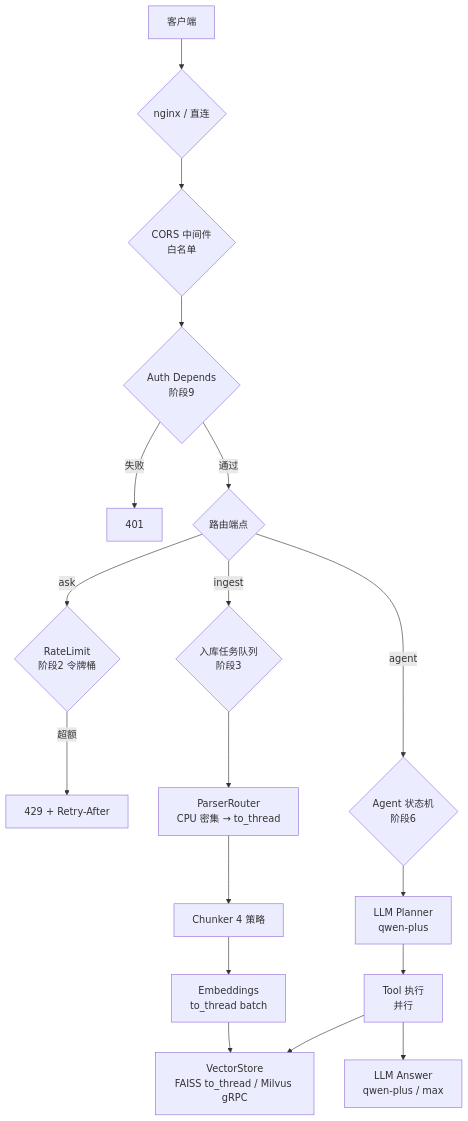
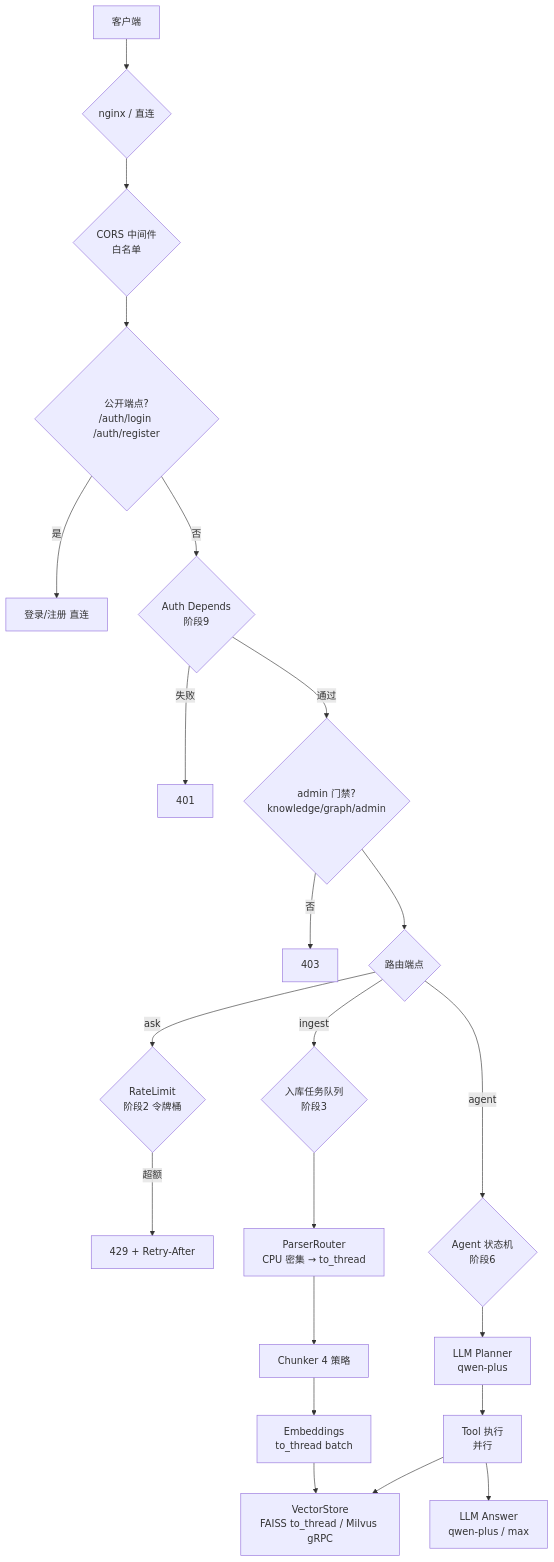
One commit to lzptouch/Kquery changed the diagram in doc/analysis/高并发.md. Above: the diagram before and after it, drawn with Mermaid. The commit also changed other lines of this file and 418 other files, not shown here.

````diff
--- a/doc/analysis/高并发.md
+++ b/doc/analysis/高并发.md
@@ -32,20 +32,24 @@
 ```mermaid
 flowchart TD
     Client[客户端] --> NG{nginx / 直连}
     NG --> CORS{CORS 中间件<br/>白名单}
-    CORS --> Auth{Auth Depends<br/>阶段9}
+    CORS --> Pub{公开端点?<br/>/auth/login /auth/register}
+    Pub -->|是| Route0[登录/注册 直连]
+    Pub -->|否| Auth{Auth Depends<br/>阶段9}
     Auth -->|失败| R401[401]
-    Auth -->|通过| Route{路由端点}
+    Auth -->|通过| Gate{admin 门禁?<br/>knowledge/graph/admin}
+    Gate -->|否| R403[403]
+    Gate --> Route{路由端点}
     Route -->|ask| RL1{RateLimit<br/>阶段2 令牌桶}
     RL1 -->|超额| R429[429 + Retry-After]
     Route -->|ingest| Q1{入库任务队列<br/>阶段3}
     Route -->|agent| Q2{Agent 状态机<br/>阶段6}
     Q1 --> P[ParserRouter<br/>CPU 密集 → to_thread]
     P --> C[Chunker 4 策略]
     C --> E[Embeddings<br/>to_thread batch]
     E --> VS[VectorStore<br/>FAISS to_thread / Milvus gRPC]
     Q2 --> Plan[LLM Planner<br/>qwen-plus]
     Plan --> Tool[Tool 执行<br/>并行]
     Tool --> VS
     Tool --> LLM[LLM Answer<br/>qwen-plus / max]
 ```
````
